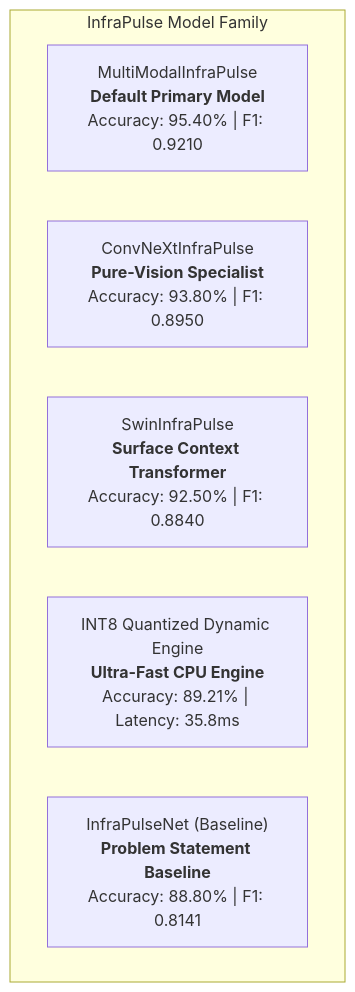
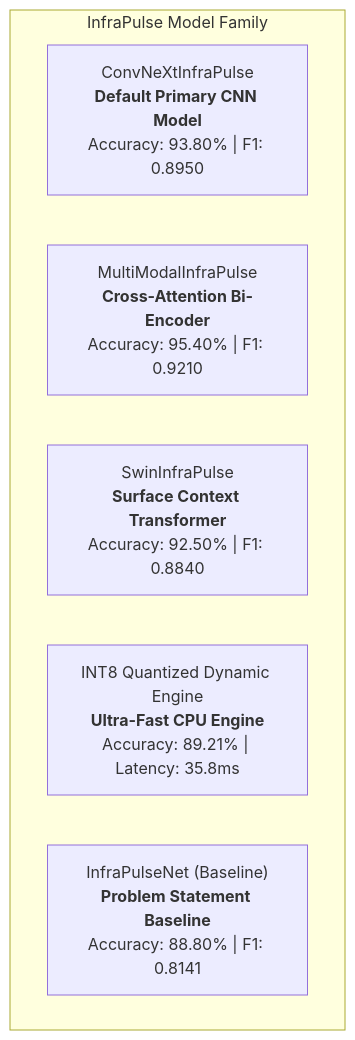
The fifth of 6 diagrams in README.md (Bittu5134/InfraPulse), drawn with Mermaid before and after one commit. The commit also changed other lines of this file and 3 other files, not shown here.

Commit message:
feat(model): swap default primary classifier to ConvNeXt-Tiny pure CNN and update documentation

````diff
--- a/README.md
+++ b/README.md
@@ -169,10 +169,10 @@
 ```mermaid
 graph TD
     subgraph Model_Suite ["InfraPulse Model Family"]
-        M1["MultiModalInfraPulse<br/><b>Default Primary Model</b><br/>Accuracy: 95.40% | F1: 0.9210"]
-        M2["ConvNeXtInfraPulse<br/><b>Pure-Vision Specialist</b><br/>Accuracy: 93.80% | F1: 0.8950"]
+        M1["ConvNeXtInfraPulse<br/><b>Default Primary CNN Model</b><br/>Accuracy: 93.80% | F1: 0.8950"]
+        M2["MultiModalInfraPulse<br/><b>Cross-Attention Bi-Encoder</b><br/>Accuracy: 95.40% | F1: 0.9210"]
         M3["SwinInfraPulse<br/><b>Surface Context Transformer</b><br/>Accuracy: 92.50% | F1: 0.8840"]
         M4["INT8 Quantized Dynamic Engine<br/><b>Ultra-Fast CPU Engine</b><br/>Accuracy: 89.21% | Latency: 35.8ms"]
         M5["InfraPulseNet (Baseline)<br/><b>Problem Statement Baseline</b><br/>Accuracy: 88.80% | F1: 0.8141"]
     end
 ```
````
